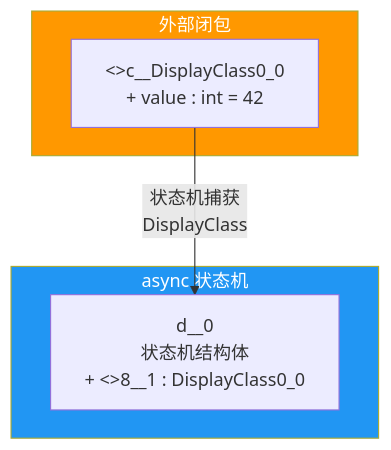
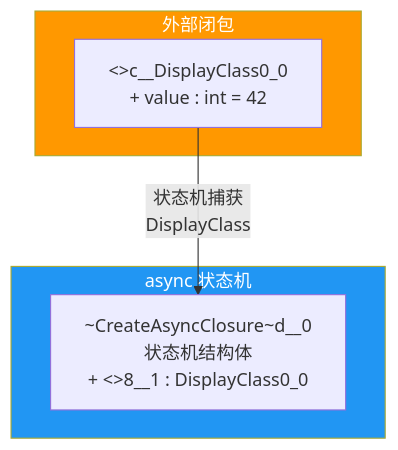
The seventh of 7 diagrams in src/后端开发/CSharp/CLR深度/03_方法与委托原理/04_Lambda与闭包原理.md (moklgydocs/moklgydocs.github.io), drawn with Mermaid before and after one commit. The commit also changed other lines of this file and 32 other files, not shown here.

````diff
--- a/src/后端开发/CSharp/CLR深度/03_方法与委托原理/04_Lambda与闭包原理.md
+++ b/src/后端开发/CSharp/CLR深度/03_方法与委托原理/04_Lambda与闭包原理.md
@@ -826,15 +826,15 @@
 ```mermaid
 flowchart TB
     subgraph Outer["外部闭包"]
         DC1["<>c__DisplayClass0_0<br/>+ value : int = 42"]
     end
 
     subgraph Inner["async 状态机"]
-        SM["<CreateAsyncClosure>d__0<br/>状态机结构体<br/>+ <>8__1 : DisplayClass0_0"]
+        SM["~CreateAsyncClosure~d__0<br/>状态机结构体<br/>+ <>8__1 : DisplayClass0_0"]
     end
 
     DC1 -->|"状态机捕获<br/>DisplayClass"| SM
 
     style Outer fill:#FF9800,color:#fff
     style Inner fill:#2196F3,color:#fff
 ```
````
